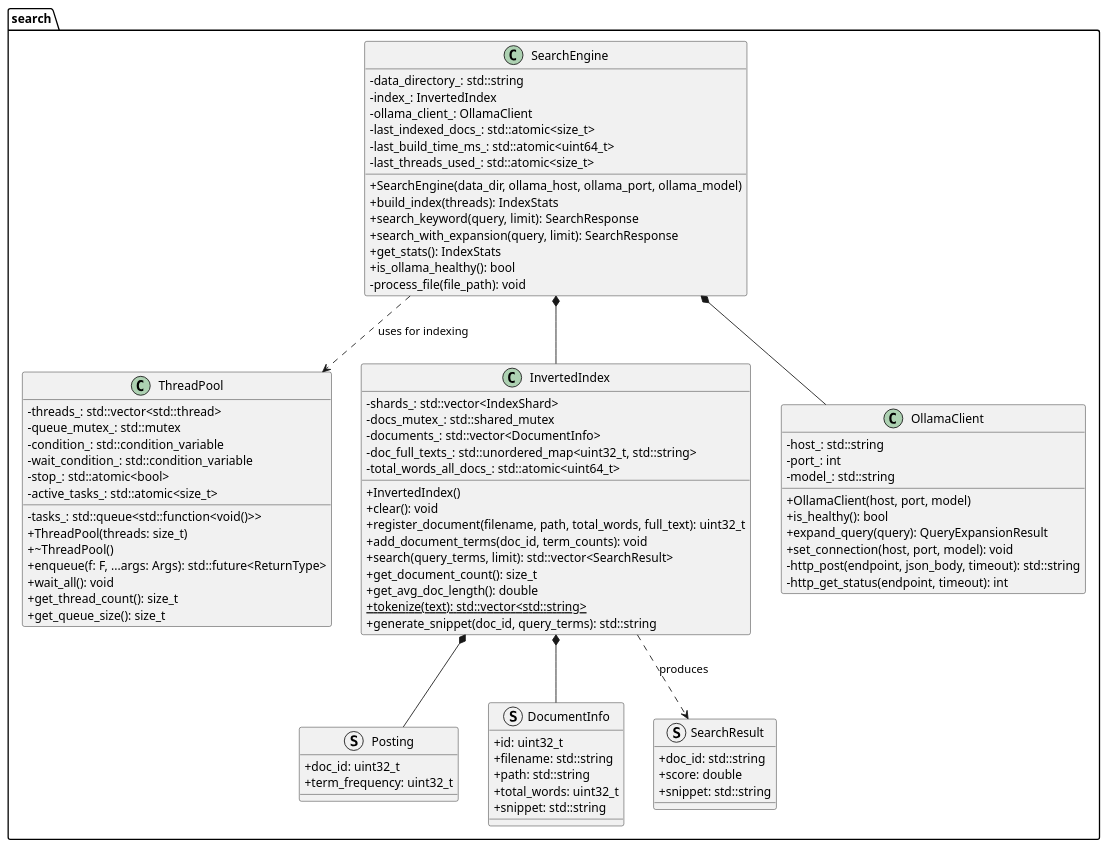
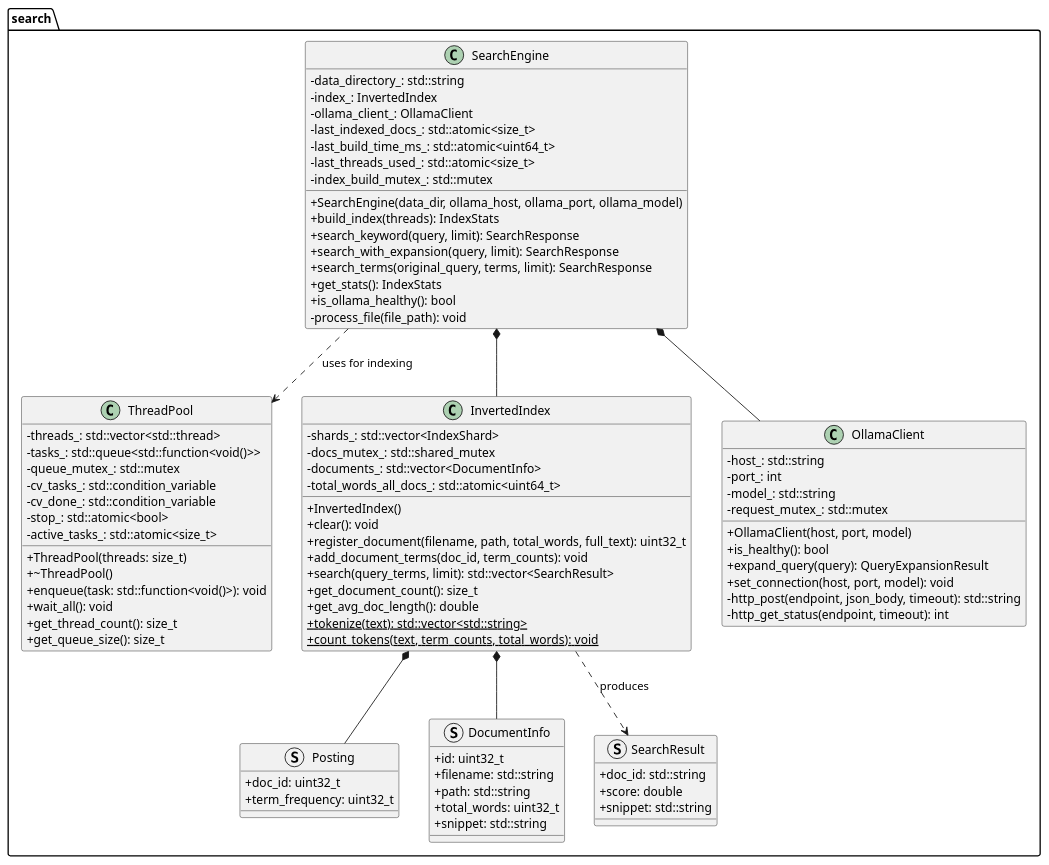
The diagram in docs/uml/class_diagram.puml (nothome2005/PO_cursova_maslov), drawn with PlantUML before and after one commit. The commit also changed 6 other files, not shown here.

Commit message:
docs(uml): оновлено UML-діаграми під порт 8088, усі сценарії та актуальну структуру класів

```diff
--- a/docs/uml/class_diagram.puml
+++ b/docs/uml/class_diagram.puml
@@ -1,92 +1,94 @@
 @startuml ClassDiagram
 skinparam classAttributeIconSize 0
 
 package "search" {
     class ThreadPool {
         - threads_: std::vector<std::thread>
-        - tasks_: std::queue<std::function<void()>>
+        {field} - tasks_: std::queue<std::function<void()>>
         - queue_mutex_: std::mutex
-        - condition_: std::condition_variable
-        - wait_condition_: std::condition_variable
+        - cv_tasks_: std::condition_variable
+        - cv_done_: std::condition_variable
         - stop_: std::atomic<bool>
         - active_tasks_: std::atomic<size_t>
         + ThreadPool(threads: size_t)
         + ~ThreadPool()
-        + enqueue(f: F, ...args: Args): std::future<ReturnType>
+        + enqueue(task: std::function<void()>): void
         + wait_all(): void
         + get_thread_count(): size_t
         + get_queue_size(): size_t
     }
 
     struct Posting {
         + doc_id: uint32_t
         + term_frequency: uint32_t
     }
 
     struct DocumentInfo {
         + id: uint32_t
         + filename: std::string
         + path: std::string
         + total_words: uint32_t
         + snippet: std::string
     }
 
     struct SearchResult {
         + doc_id: std::string
         + score: double
         + snippet: std::string
     }
 
     class InvertedIndex {
         - shards_: std::vector<IndexShard>
         - docs_mutex_: std::shared_mutex
         - documents_: std::vector<DocumentInfo>
-        - doc_full_texts_: std::unordered_map<uint32_t, std::string>
         - total_words_all_docs_: std::atomic<uint64_t>
         + InvertedIndex()
         + clear(): void
         + register_document(filename, path, total_words, full_text): uint32_t
         + add_document_terms(doc_id, term_counts): void
         + search(query_terms, limit): std::vector<SearchResult>
         + get_document_count(): size_t
         + get_avg_doc_length(): double
         + {static} tokenize(text): std::vector<std::string>
-        + generate_snippet(doc_id, query_terms): std::string
+        + {static} count_tokens(text, term_counts, total_words): void
     }
 
     class OllamaClient {
         - host_: std::string
         - port_: int
         - model_: std::string
+        - request_mutex_: std::mutex
         + OllamaClient(host, port, model)
         + is_healthy(): bool
         + expand_query(query): QueryExpansionResult
         + set_connection(host, port, model): void
         - http_post(endpoint, json_body, timeout): std::string
         - http_get_status(endpoint, timeout): int
     }
 
     class SearchEngine {
         - data_directory_: std::string
         - index_: InvertedIndex
         - ollama_client_: OllamaClient
         - last_indexed_docs_: std::atomic<size_t>
         - last_build_time_ms_: std::atomic<uint64_t>
         - last_threads_used_: std::atomic<size_t>
+        - index_build_mutex_: std::mutex
         + SearchEngine(data_dir, ollama_host, ollama_port, ollama_model)
         + build_index(threads): IndexStats
         + search_keyword(query, limit): SearchResponse
         + search_with_expansion(query, limit): SearchResponse
+        + search_terms(original_query, terms, limit): SearchResponse
         + get_stats(): IndexStats
         + is_ollama_healthy(): bool
         - process_file(file_path): void
     }
 }
 
 InvertedIndex *-- Posting
 InvertedIndex *-- DocumentInfo
 InvertedIndex ..> SearchResult : produces
 SearchEngine *-- InvertedIndex
 SearchEngine *-- OllamaClient
 SearchEngine ..> ThreadPool : uses for indexing
 @enduml
```
